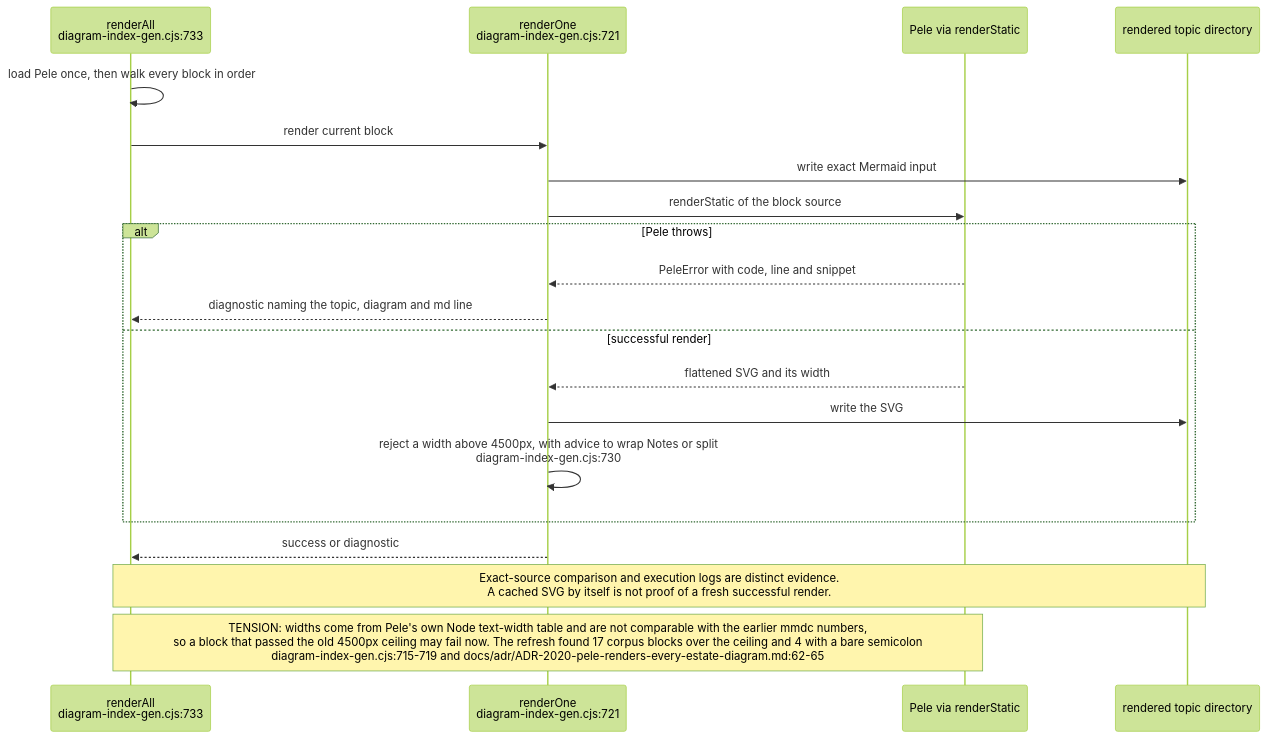
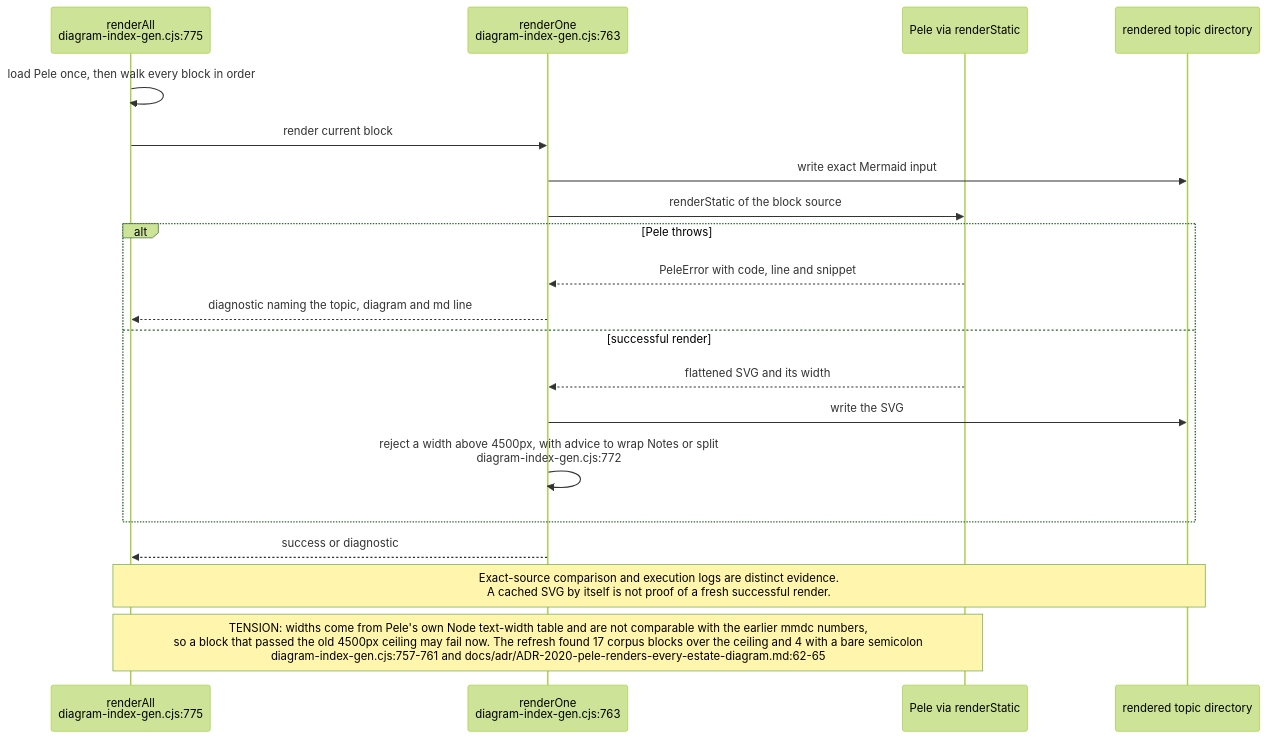
One commit to DreamLab-AI/VisionFlow changed diagram 11 of 16 in docs/diagrams/visionflow/06-diagram-tooling.md. Above: the diagram before and after it, drawn with Mermaid (forest theme). The commit also changed other lines of this file and 2 other files, not shown here.

First line of the commit message:
docs(diagrams): visionflow pass B at VisionFlow dae9ac0 (PRs #43, #44, #45)

````diff
--- a/docs/diagrams/visionflow/06-diagram-tooling.md
+++ b/docs/diagrams/visionflow/06-diagram-tooling.md
@@ -339,22 +345,22 @@
 ```mermaid
 sequenceDiagram
-    participant G as renderAll<br/>diagram-index-gen.cjs:733
-    participant R as renderOne<br/>diagram-index-gen.cjs:721
+    participant G as renderAll<br/>diagram-index-gen.cjs:775
+    participant R as renderOne<br/>diagram-index-gen.cjs:763
     participant M as Pele via renderStatic
     participant O as rendered topic directory
     G->>G: load Pele once, then walk every block in order
     G->>R: render current block
     R->>O: write exact Mermaid input
     R->>M: renderStatic of the block source
     alt Pele throws
         M-->>R: PeleError with code, line and snippet
         R-->>G: diagnostic naming the topic, diagram and md line
     else successful render
         M-->>R: flattened SVG and its width
         R->>O: write the SVG
-        R->>R: reject a width above 4500px, with advice to wrap Notes or split<br/>diagram-index-gen.cjs:730
+        R->>R: reject a width above 4500px, with advice to wrap Notes or split<br/>diagram-index-gen.cjs:772
     end
     R-->>G: success or diagnostic
     Note over G,O: Exact-source comparison and execution logs are distinct evidence.<br/>A cached SVG by itself is not proof of a fresh successful render.
-    Note over G,M: TENSION: widths come from Pele's own Node text-width table and are not comparable with the earlier mmdc numbers,<br/>so a block that passed the old 4500px ceiling may fail now. The refresh found 17 corpus blocks over the ceiling and 4 with a bare semicolon<br/>diagram-index-gen.cjs:715-719 and docs/adr/ADR-2020-pele-renders-every-estate-diagram.md:62-65
+    Note over G,M: TENSION: widths come from Pele's own Node text-width table and are not comparable with the earlier mmdc numbers,<br/>so a block that passed the old 4500px ceiling may fail now. The refresh found 17 corpus blocks over the ceiling and 4 with a bare semicolon<br/>diagram-index-gen.cjs:757-761 and docs/adr/ADR-2020-pele-renders-every-estate-diagram.md:62-65
 ```
````
